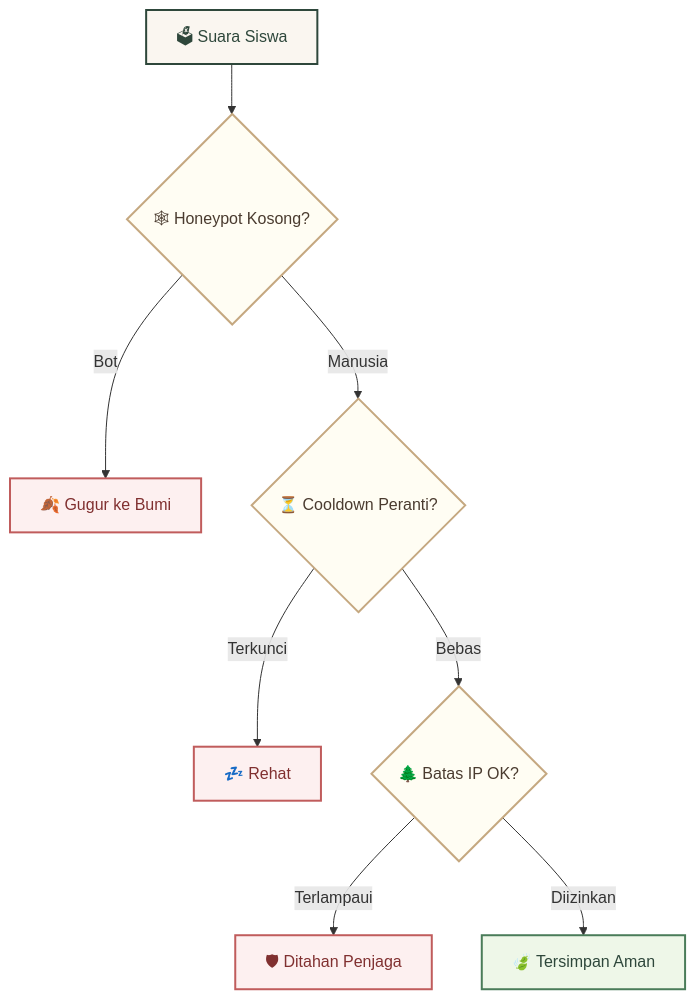
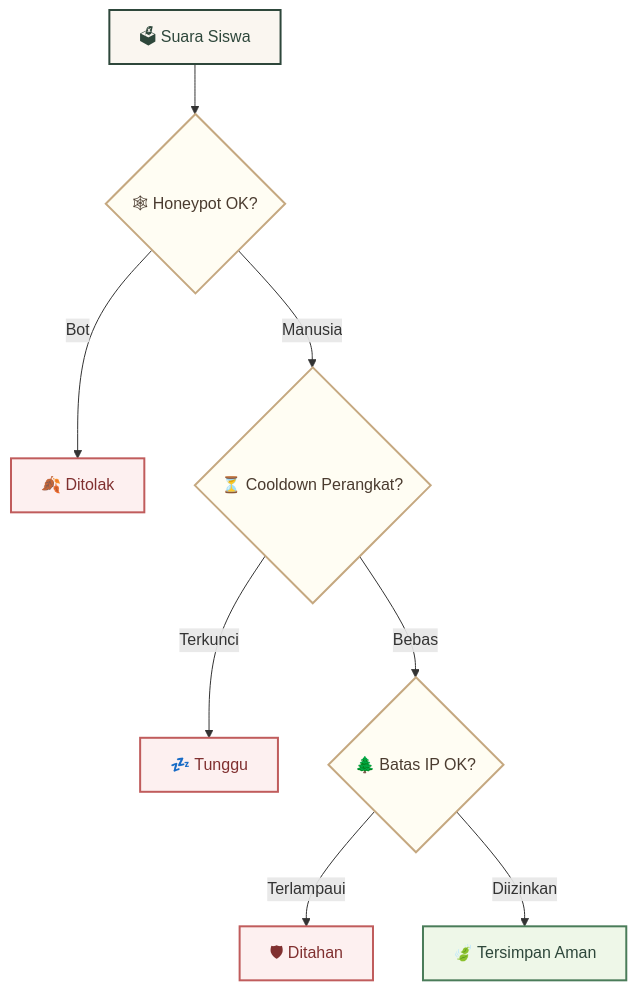
Before and after one commit to Riz6ix/MPK: the second of 2 diagrams in README.id.md, drawn with Mermaid. The commit also changed other lines of this file and 7 other files, not shown here.

````diff
--- a/README.id.md
+++ b/README.id.md
@@ -72,15 +74,15 @@
 ```mermaid
 flowchart TD
     classDef default fill:#faf6f0,stroke:#2e473b,stroke-width:2px,color:#2e473b
     classDef safe fill:#eef7e8,stroke:#4a7c59,stroke-width:2px,color:#2e473b
     classDef block fill:#fdf0f0,stroke:#c05c5c,stroke-width:2px,color:#803030
     classDef dec fill:#fffdf3,stroke:#c5a880,stroke-width:2px,color:#4a3b2f
 
-    A[🗳 Suara Siswa] --> B{🕸 Honeypot Kosong?}:::dec
-    B -- Bot --> C[🍂 Gugur ke Bumi]:::block
-    B -- Manusia --> D{⏳ Cooldown Peranti?}:::dec
-    D -- Terkunci --> E[💤 Rehat]:::block
+    A[🗳 Suara Siswa] --> B{🕸 Honeypot OK?}:::dec
+    B -- Bot --> C[🍂 Ditolak]:::block
+    B -- Manusia --> D{⏳ Cooldown Perangkat?}:::dec
+    D -- Terkunci --> E[💤 Tunggu]:::block
     D -- Bebas --> F{🌲 Batas IP OK?}:::dec
-    F -- Terlampaui --> G[🛡 Ditahan Penjaga]:::block
+    F -- Terlampaui --> G[🛡 Ditahan]:::block
     F -- Diizinkan --> H[🍃 Tersimpan Aman]:::safe
 ```
````
